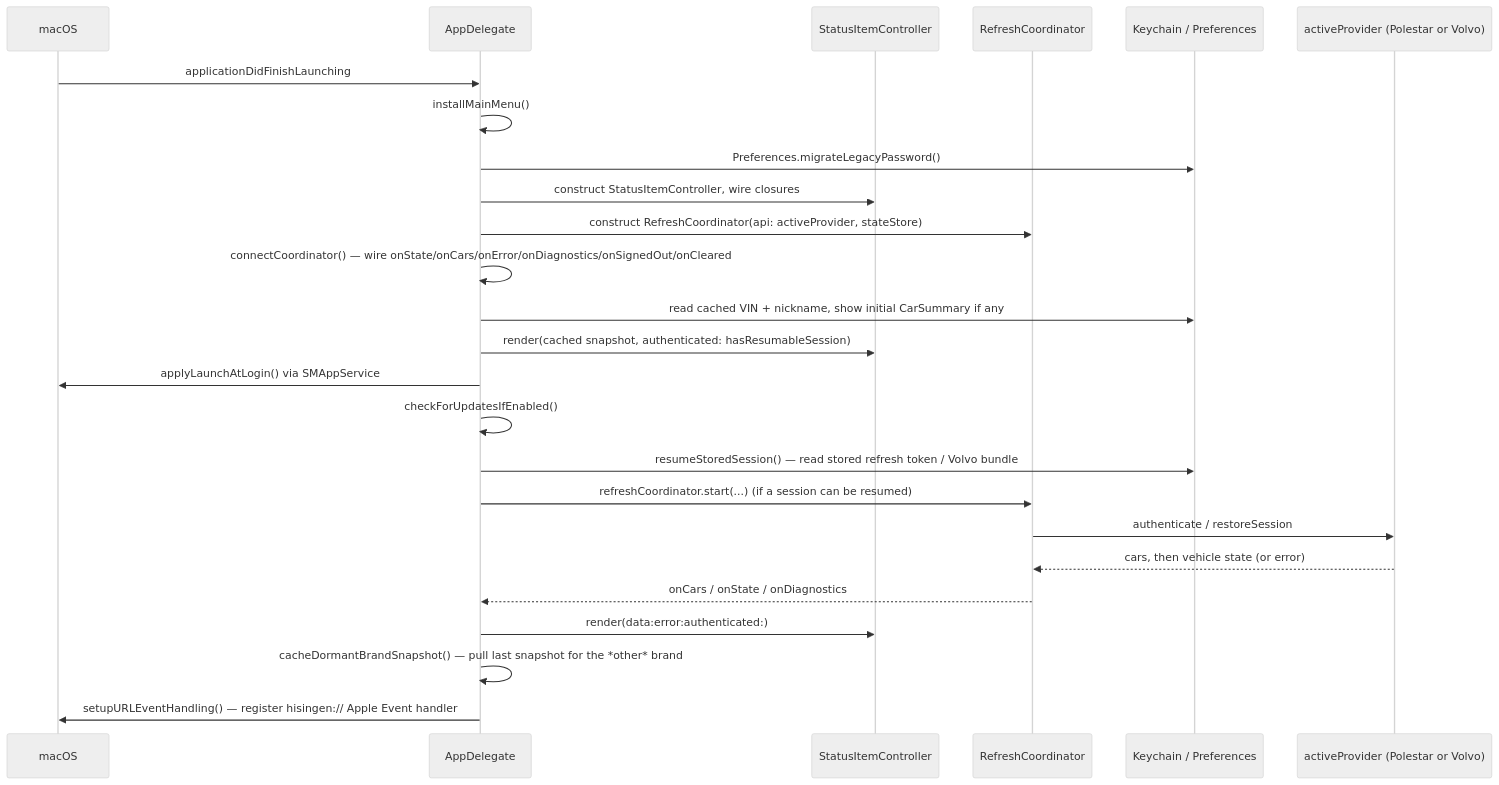
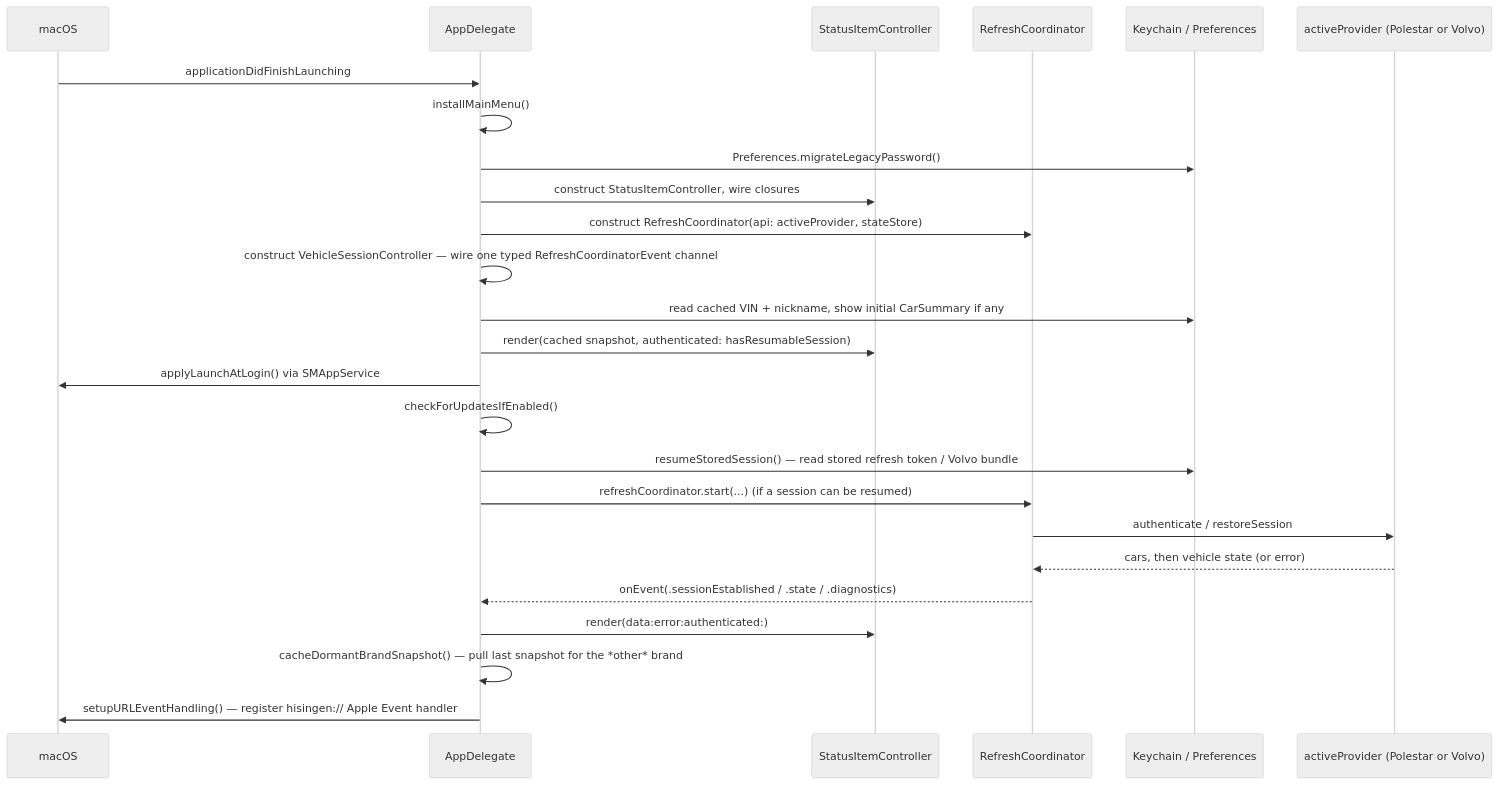
Before and after one commit to NicolasKheirallah/Hisingen: the diagram in docs/architecture/runtime.md, drawn with Mermaid (neutral theme). The commit also changed 91 other files, not shown here.

````diff
--- a/docs/architecture/runtime.md
+++ b/docs/architecture/runtime.md
@@ -9,28 +9,28 @@
 ```mermaid
 sequenceDiagram
     participant OS as macOS
     participant AD as AppDelegate
     participant SC as StatusItemController
     participant RC as RefreshCoordinator
     participant KC as Keychain / Preferences
     participant API as activeProvider (Polestar or Volvo)
 
     OS->>AD: applicationDidFinishLaunching
     AD->>AD: installMainMenu()
     AD->>KC: Preferences.migrateLegacyPassword()
     AD->>SC: construct StatusItemController, wire closures
     AD->>RC: construct RefreshCoordinator(api: activeProvider, stateStore)
-    AD->>AD: connectCoordinator() — wire onState/onCars/onError/onDiagnostics/onSignedOut/onCleared
+    AD->>AD: construct VehicleSessionController — wire one typed RefreshCoordinatorEvent channel
     AD->>KC: read cached VIN + nickname, show initial CarSummary if any
     AD->>SC: render(cached snapshot, authenticated: hasResumableSession)
     AD->>OS: applyLaunchAtLogin() via SMAppService
     AD->>AD: checkForUpdatesIfEnabled()
     AD->>KC: resumeStoredSession() — read stored refresh token / Volvo bundle
     AD->>RC: refreshCoordinator.start(...) (if a session can be resumed)
     RC->>API: authenticate / restoreSession
     API-->>RC: cars, then vehicle state (or error)
-    RC-->>AD: onCars / onState / onDiagnostics
+    RC-->>AD: onEvent(.sessionEstablished / .state / .diagnostics)
     AD->>SC: render(data:error:authenticated:)
     AD->>AD: cacheDormantBrandSnapshot() — pull last snapshot for the *other* brand
     AD->>OS: setupURLEventHandling() — register hisingen:// Apple Event handler
 ```
````
